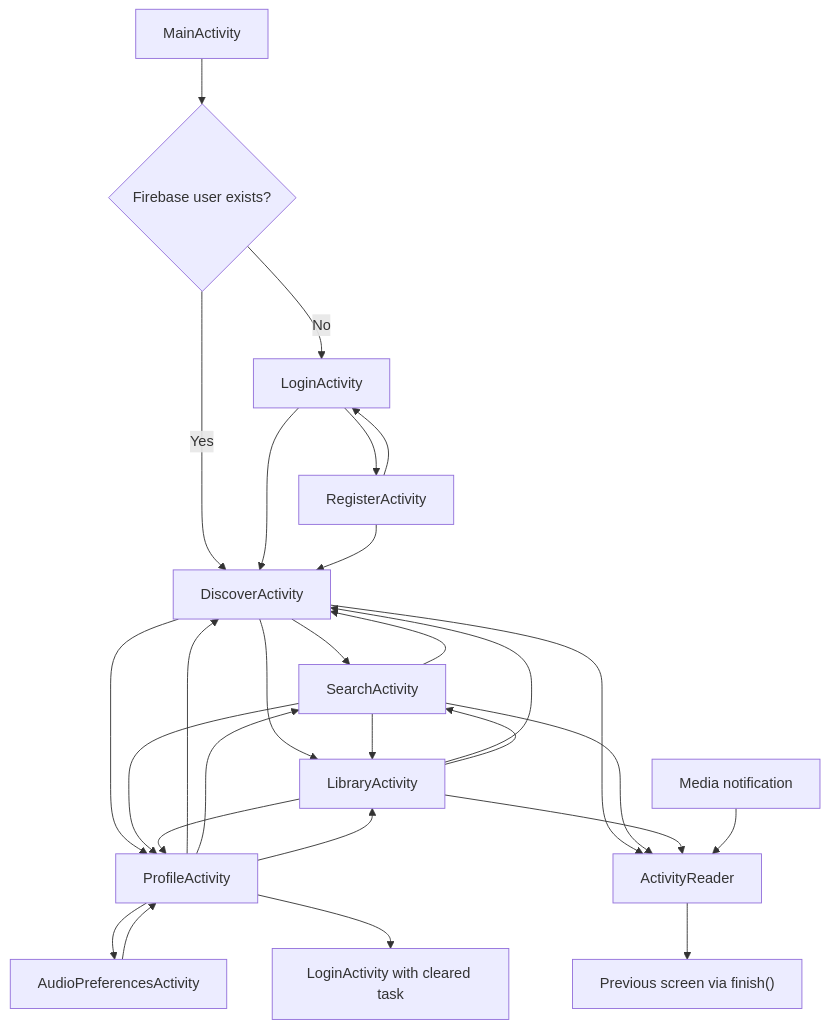
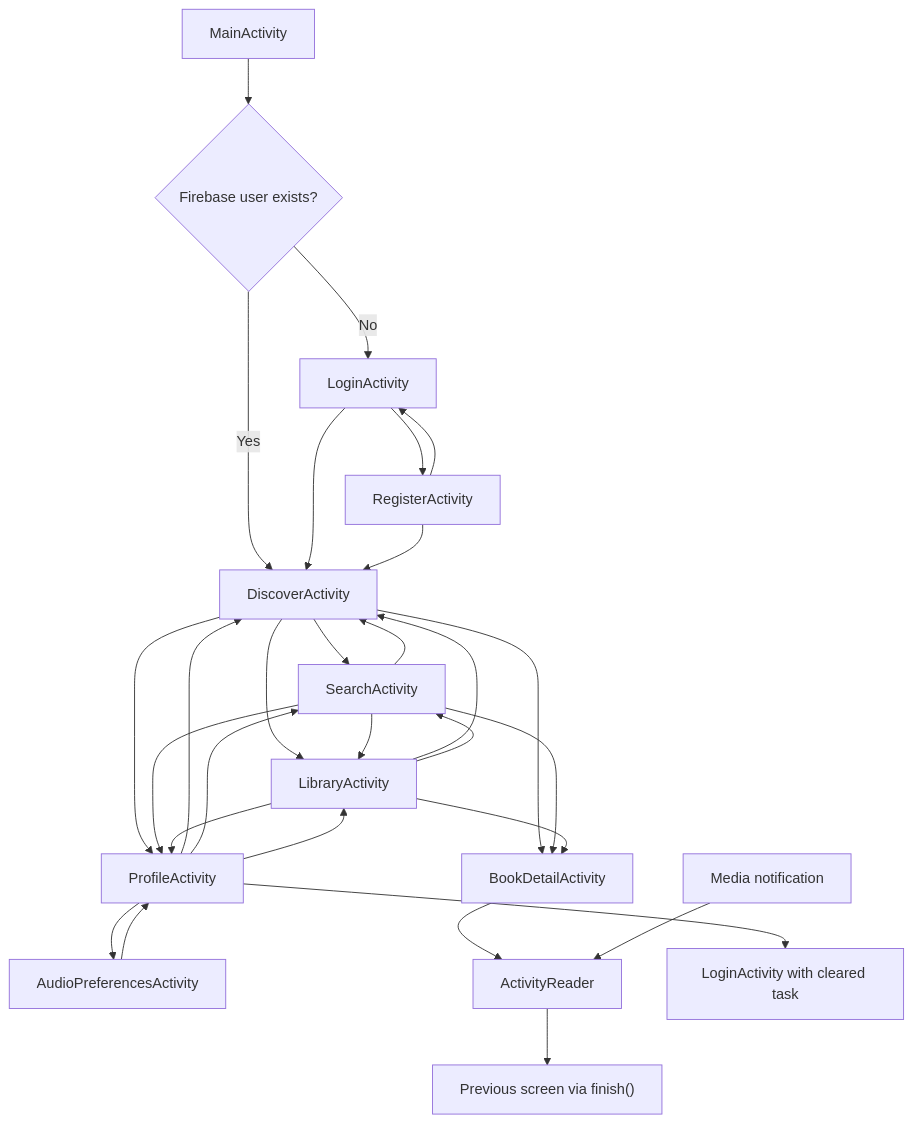
One commit to LeeVuKhang/Fonos_Group13 changed the ninth of 9 diagrams in README.md. Above: the diagram before and after it, drawn with Mermaid. The commit also changed other lines of this file, not shown here.

Commit message:
docs(readme): document chapter playlist flow

````diff
--- a/README.md
+++ b/README.md
@@ -941,30 +1068,31 @@
 ```mermaid
 flowchart TD
     Launch["MainActivity"] --> AuthCheck{Firebase user exists?}
     AuthCheck -- No --> Login["LoginActivity"]
     AuthCheck -- Yes --> Discover["DiscoverActivity"]
     Login --> Register["RegisterActivity"]
     Register --> Login
     Login --> Discover
     Register --> Discover
     Discover --> Search["SearchActivity"]
     Discover --> Library["LibraryActivity"]
     Discover --> Profile["ProfileActivity"]
     Search --> Discover
     Search --> Library
     Search --> Profile
     Library --> Discover
     Library --> Search
     Library --> Profile
     Profile --> Discover
     Profile --> Search
     Profile --> Library
     Profile --> AudioPrefs["AudioPreferencesActivity"]
     AudioPrefs --> Profile
-    Discover --> Reader["ActivityReader"]
-    Search --> Reader
-    Library --> Reader
+    Discover --> BookDetail["BookDetailActivity"]
+    Search --> BookDetail
+    Library --> BookDetail
+    BookDetail --> Reader["ActivityReader"]
     Notification["Media notification"] --> Reader
     Reader --> Previous["Previous screen via finish()"]
     Profile --> LoginAfterLogout["LoginActivity with cleared task"]
 ```
````
